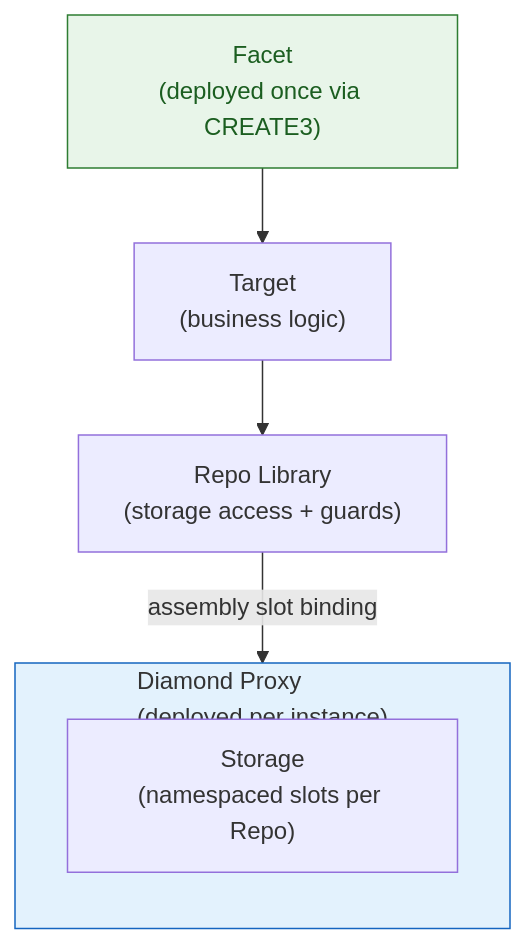
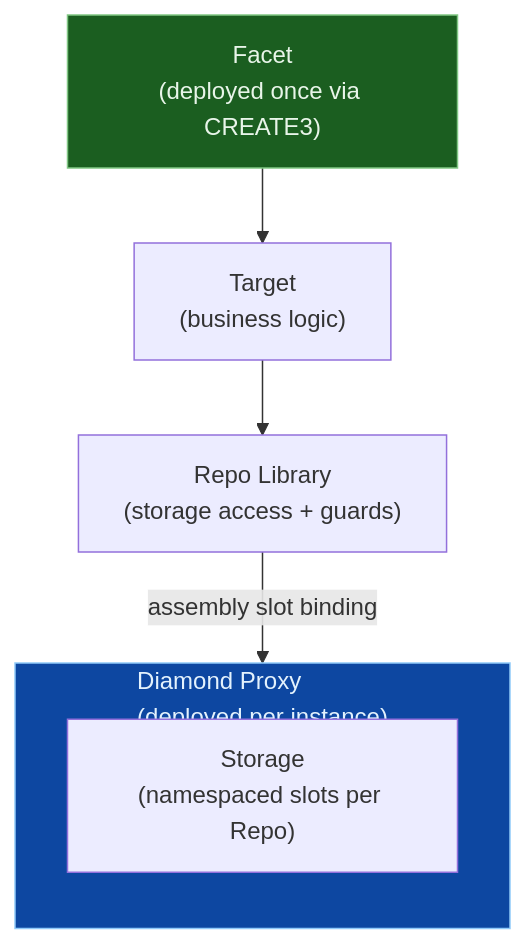
One commit to cyotee/crane changed the diagram in docs/concepts/facet-target-repo.md. Above: the diagram before and after it, drawn with Mermaid. The commit also changed 4 other files, not shown here.

First line of the commit message:
docs: fix Mermaid node contrast on dark GitHub Pages theme

````diff
--- a/docs/concepts/facet-target-repo.md
+++ b/docs/concepts/facet-target-repo.md
@@ -13,16 +13,16 @@
 ```mermaid
 flowchart TB
     subgraph Proxy["Diamond Proxy<br/>(deployed per instance)"]
         direction TB
         Storage["Storage<br/>(namespaced slots per Repo)"]
     end
 
     Facet["Facet<br/>(deployed once via CREATE3)"] --> Target["Target<br/>(business logic)"]
     Target --> Repo["Repo Library<br/>(storage access + guards)"]
     Repo -->|assembly slot binding| Storage
 
-    classDef deployed fill:#e8f5e9,stroke:#2e7d32,color:#1b5e20
-    classDef proxy fill:#e3f2fd,stroke:#1565c0
+    classDef deployed fill:#1b5e20,stroke:#81c784,color:#e8f5e9
+    classDef proxy fill:#0d47a1,stroke:#90caf9,color:#e3f2fd
     class Facet deployed
     class Proxy proxy
 ```
````
